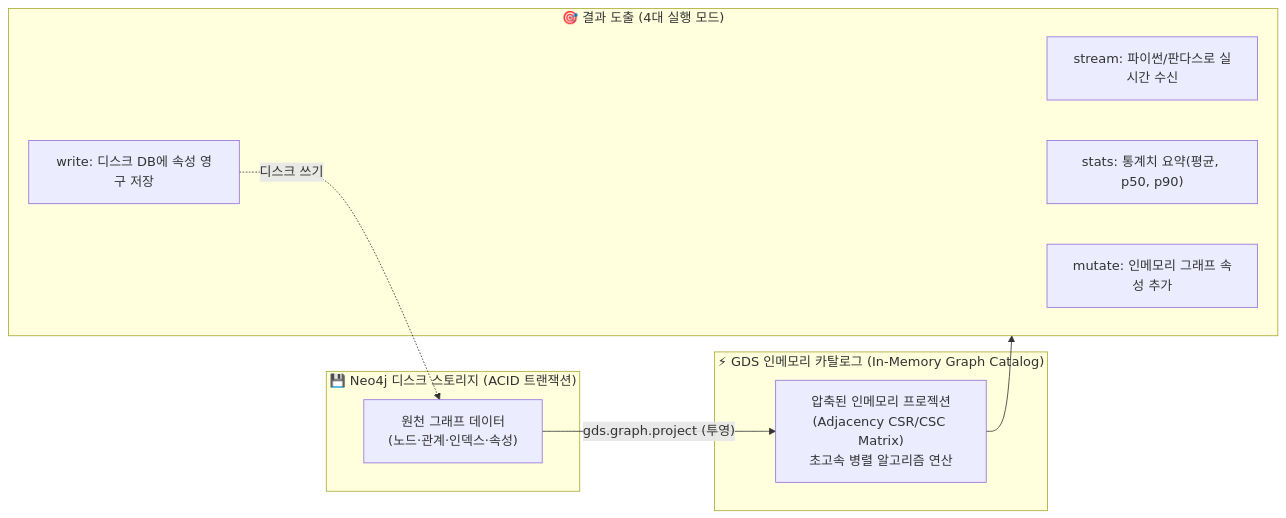
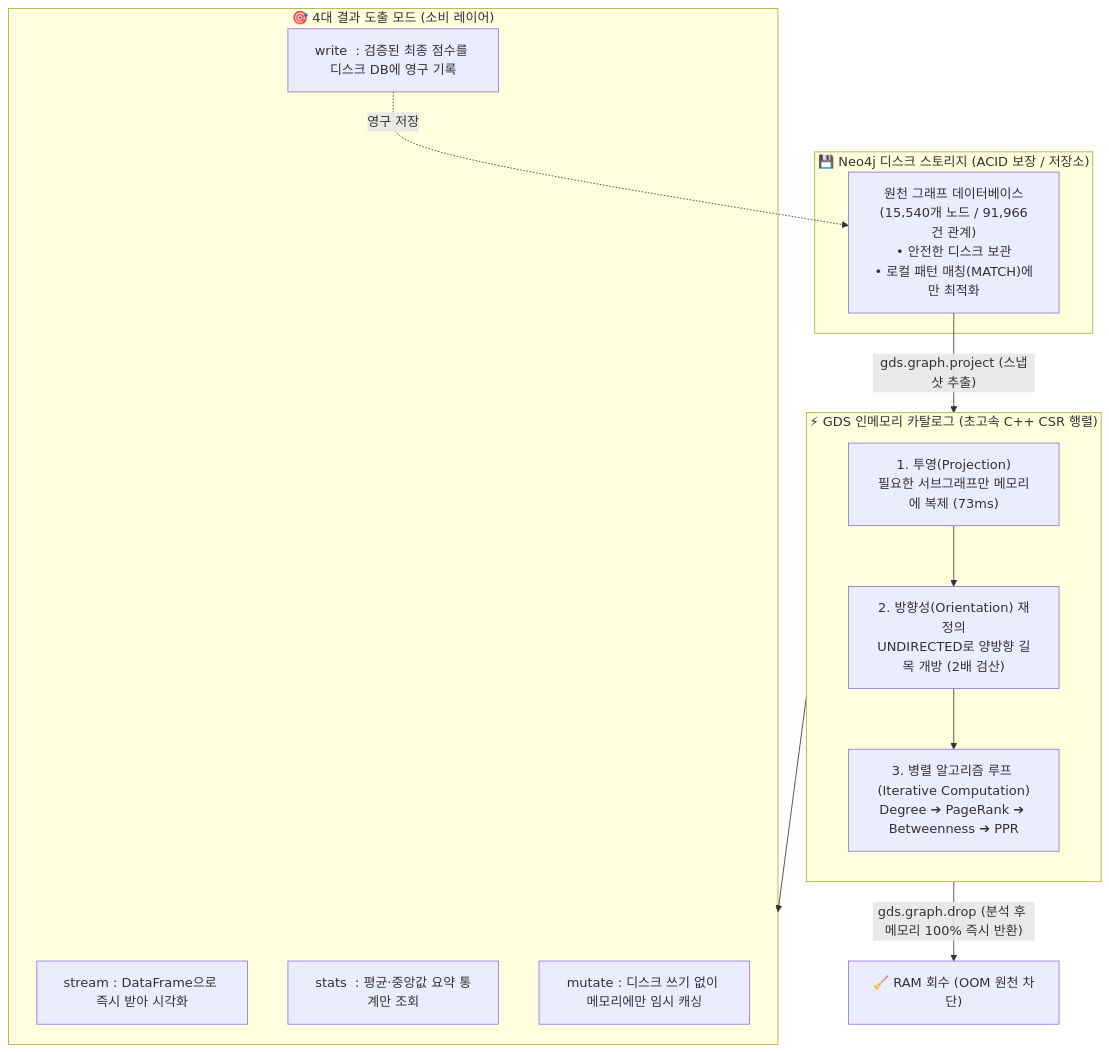
The diagram in 내작업폴더/day33_GDS_투영_중심성/00_Day33_GDS_투영_및_중심성_마스터_아키텍처_보고서.md (mycar4/enkoa-practice-knowledge-graph), drawn with Mermaid before and after one commit. The commit also changed other lines of this file and 4 other files, not shown here.

Commit message:
feat(day33): complete 4-tier top-down master architecture and verified full source

````diff
--- a/내작업폴더/day33_GDS_투영_중심성/00_Day33_GDS_투영_및_중심성_마스터_아키텍처_보고서.md
+++ b/내작업폴더/day33_GDS_투영_중심성/00_Day33_GDS_투영_및_중심성_마스터_아키텍처_보고서.md
@@ -14,21 +12,26 @@
 ```mermaid
-flowchart LR
-    subgraph DiskLayer ["💾 Neo4j 디스크 스토리지 (ACID 트랜잭션)"]
-        DB["원천 그래프 데이터\n(노드·관계·인덱스·속성)"]
+flowchart TD
+    subgraph DiskLayer ["💾 Neo4j 디스크 스토리지 (ACID 보장 / 저장소)"]
+        RawDB["원천 그래프 데이터베이스\n(15,540개 노드 / 91,966건 관계)\n• 안전한 디스크 보관\n• 로컬 패턴 매칭(MATCH)에만 최적화"]
     end
 
-    subgraph MemoryLayer ["⚡ GDS 인메모리 카탈로그 (In-Memory Graph Catalog)"]
-        GDS["압축된 인메모리 프로젝션\n(Adjacency CSR/CSC Matrix)\n초고속 병렬 알고리즘 연산"]
+    subgraph MemoryLayer ["⚡ GDS 인메모리 카탈로그 (초고속 C++ CSR 행렬)"]
+        direction TB
+        P1["1. 투영(Projection)\n필요한 서브그래프만 메모리에 복제 (73ms)"]
+        P2["2. 방향성(Orientation) 재정의\nUNDIRECTED로 양방향 길목 개방 (2배 검산)"]
+        P3["3. 병렬 알고리즘 루프 (Iterative Computation)\nDegree ➔ PageRank ➔ Betweenness ➔ PPR"]
+        P1 --> P2 --> P3
     end
 
-    subgraph ConsumerLayer ["🎯 결과 도출 (4대 실행 모드)"]
-        M1["stream: 파이썬/판다스로 실시간 수신"]
-        M2["stats: 통계치 요약(평균, p50, p90)"]
-        M3["mutate: 인메모리 그래프 속성 추가"]
-        M4["write: 디스크 DB에 속성 영구 저장"]
+    subgraph ActionLayer ["🎯 4대 결과 도출 모드 (소비 레이어)"]
+        A1["stream : DataFrame으로 즉시 받아 시각화"]
+        A2["stats  : 평균·중앙값 요약 통계만 조회"]
+        A3["mutate : 디스크 쓰기 없이 메모리에만 임시 캐싱"]
+        A4["write  : 검증된 최종 점수를 디스크 DB에 영구 기록"]
     end
 
-    DB -- "gds.graph.project (투영)" --> GDS
-    GDS --> ConsumerLayer
-    M4 -. "디스크 쓰기" .-> DB
+    RawDB -- "gds.graph.project (스냅샷 추출)" --> MemoryLayer
+    MemoryLayer --> ActionLayer
+    A4 -. "영구 저장" .-> RawDB
+    MemoryLayer -- "gds.graph.drop (분석 후 메모리 100% 즉시 반환)" --> X["🧹 RAM 회수 (OOM 원천 차단)"]
 ```
````
